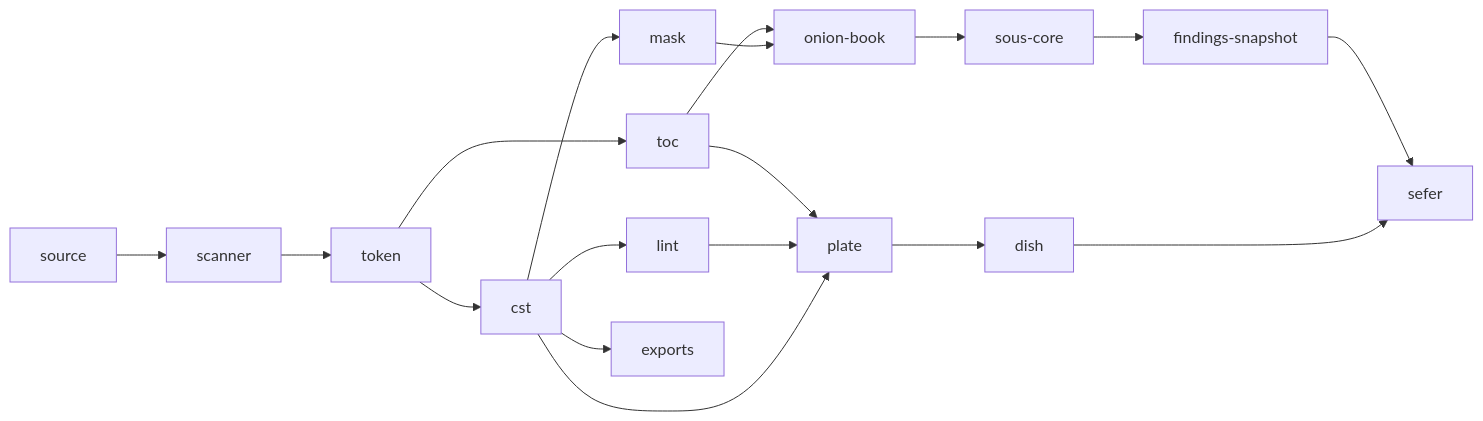
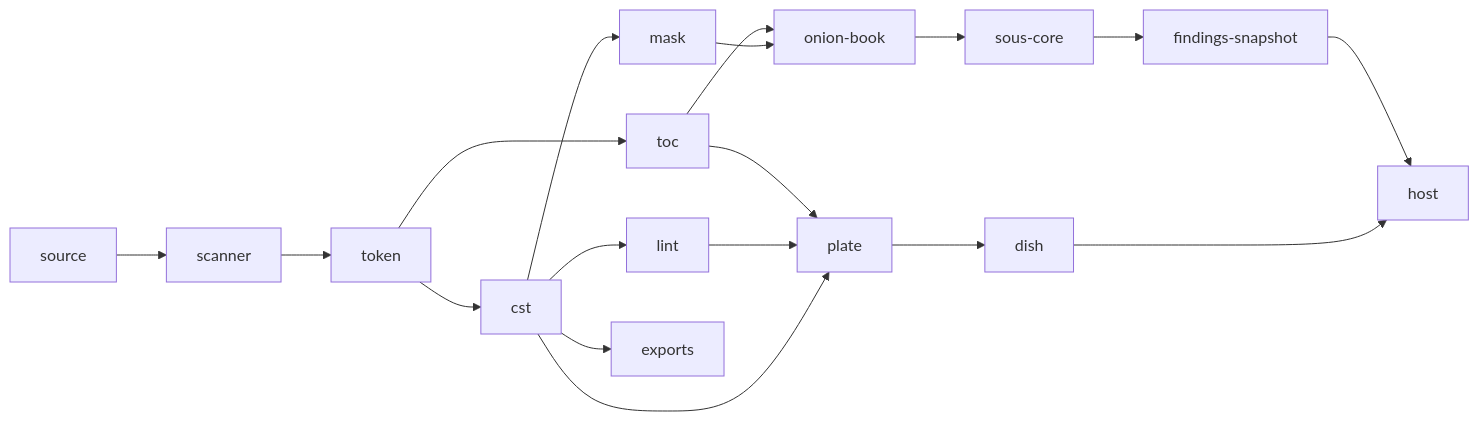
Before and after one commit to WycliffeAssociates/scripture-kitchen: the diagram in planning/atlas/index.mdx, drawn with Mermaid. The commit also changed other lines of this file and 51 other files, not shown here.

````diff
--- a/planning/atlas/index.mdx
+++ b/planning/atlas/index.mdx
@@ -43,8 +47,8 @@
 ```mermaid
 flowchart LR
   source --> scanner --> token --> cst
   token --> toc
   cst --> mask & lint & exports
-  cst & lint & toc --> plate --> dish --> sefer
-  mask & toc --> onion-book --> sous-core --> findings-snapshot --> sefer
+  cst & lint & toc --> plate --> dish --> host
+  mask & toc --> onion-book --> sous-core --> findings-snapshot --> host
 ```
````
